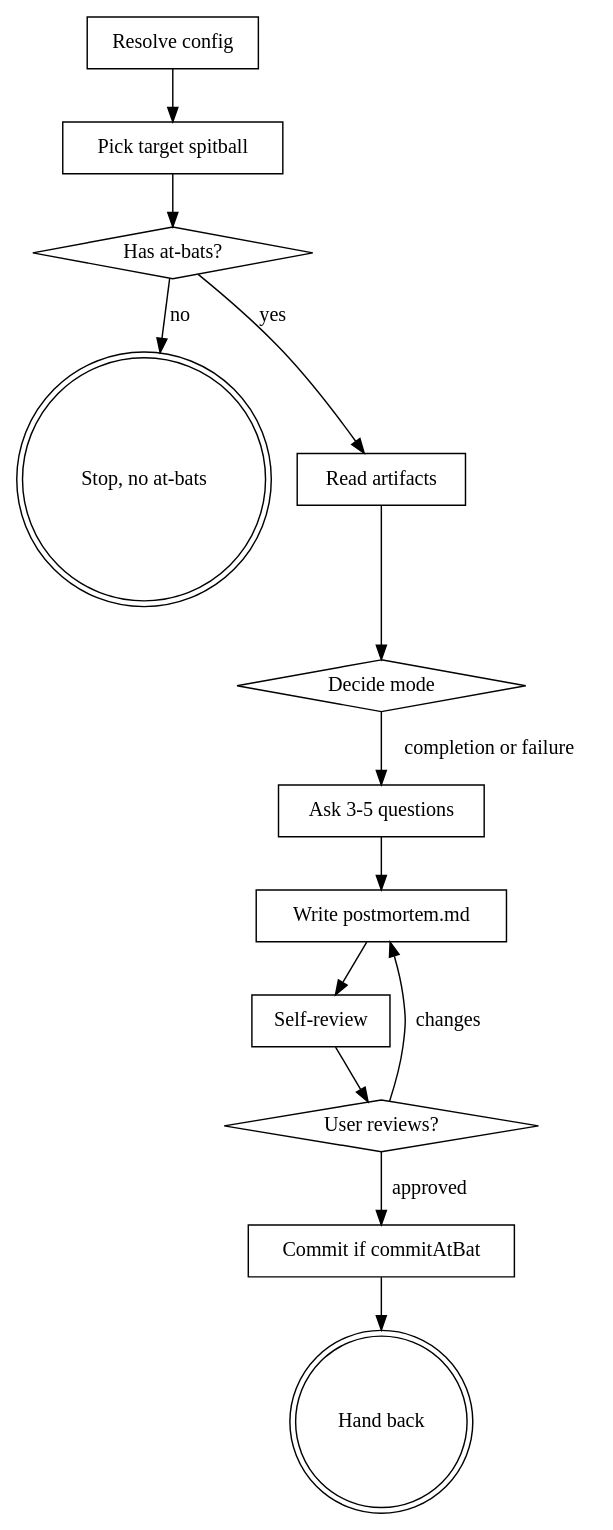
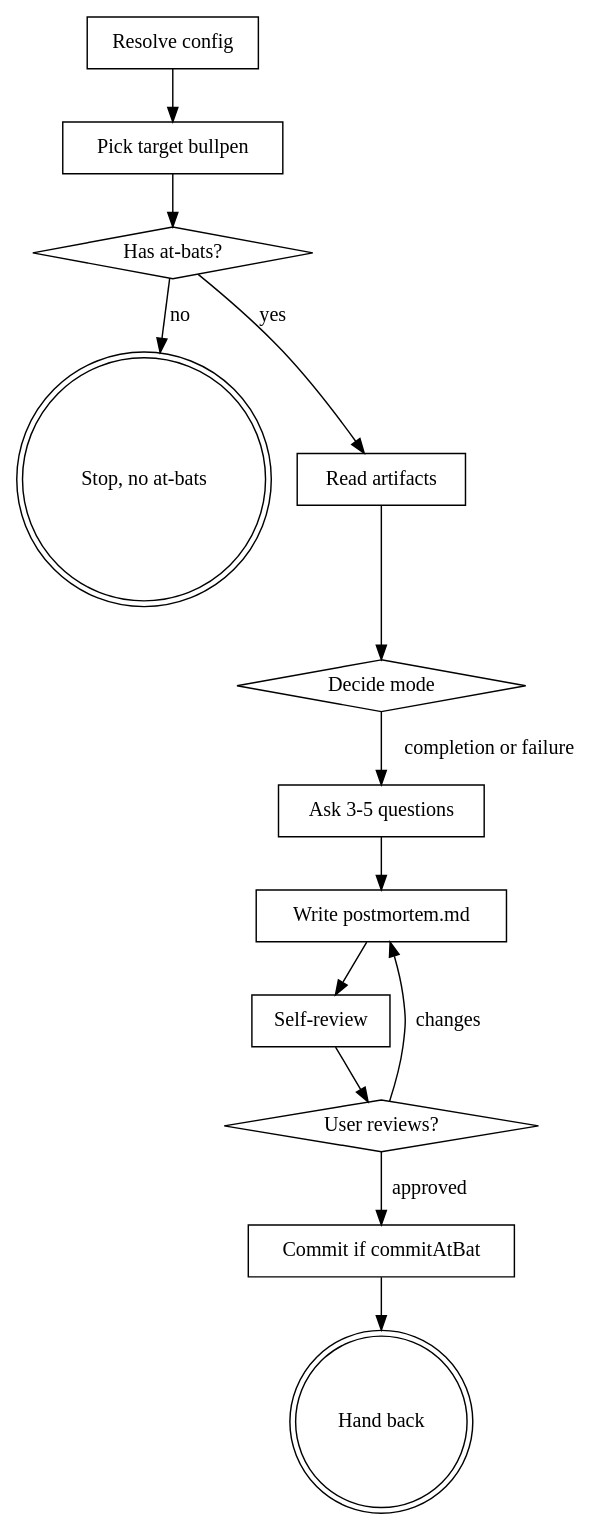
One commit to robmt/claude-tools changed the diagram in plugins/lineup/skills/postmortem/SKILL.md. Above: the diagram before and after it, drawn with Graphviz. The commit also changed other lines of this file and 22 other files, not shown here.

First line of the commit message:
Refactor spitball plugin to bullpen: rename references, update tests, and adjust documentation

````diff
--- a/plugins/lineup/skills/postmortem/SKILL.md
+++ b/plugins/lineup/skills/postmortem/SKILL.md
@@ -203,29 +203,29 @@
 ```dot
 digraph postmortem {
     "Resolve config" [shape=box];
-    "Pick target spitball" [shape=box];
+    "Pick target bullpen" [shape=box];
     "Has at-bats?" [shape=diamond];
     "Stop, no at-bats" [shape=doublecircle];
     "Read artifacts" [shape=box];
     "Decide mode" [shape=diamond];
     "Ask 3-5 questions" [shape=box];
     "Write postmortem.md" [shape=box];
     "Self-review" [shape=box];
     "User reviews?" [shape=diamond];
     "Commit if commitAtBat" [shape=box];
     "Hand back" [shape=doublecircle];
 
-    "Resolve config" -> "Pick target spitball";
-    "Pick target spitball" -> "Has at-bats?";
+    "Resolve config" -> "Pick target bullpen";
+    "Pick target bullpen" -> "Has at-bats?";
     "Has at-bats?" -> "Stop, no at-bats" [label="no"];
     "Has at-bats?" -> "Read artifacts" [label="yes"];
     "Read artifacts" -> "Decide mode";
     "Decide mode" -> "Ask 3-5 questions" [label="completion or failure"];
     "Ask 3-5 questions" -> "Write postmortem.md";
     "Write postmortem.md" -> "Self-review";
     "Self-review" -> "User reviews?";
     "User reviews?" -> "Write postmortem.md" [label="changes"];
     "User reviews?" -> "Commit if commitAtBat" [label="approved"];
     "Commit if commitAtBat" -> "Hand back";
 }
 ```
````
